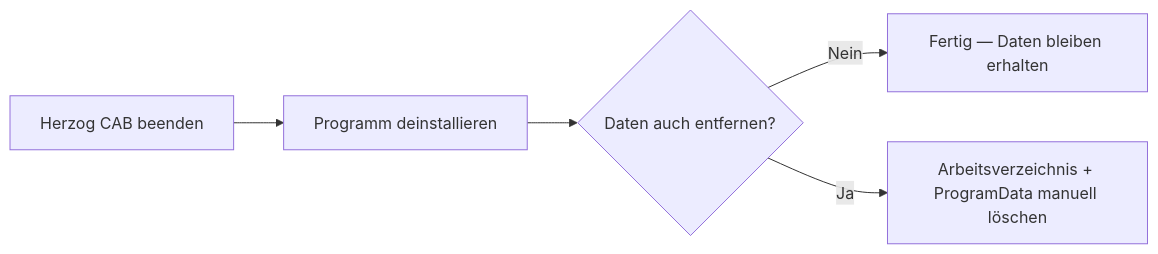
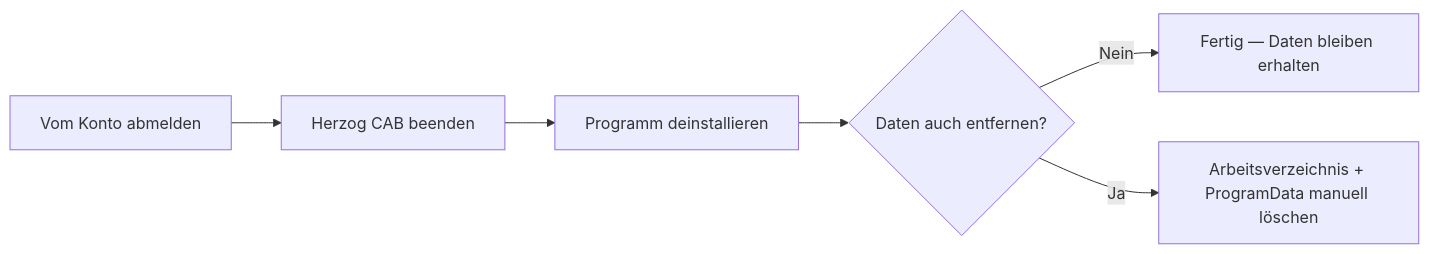
The diagram in docs/setup/uninstall.md (Herzog-GmbH/HerzogCAB-Docs), drawn with Mermaid before and after one commit. The commit also changed other lines of this file and 77 other files, not shown here.

````diff
--- a/docs/setup/uninstall.md
+++ b/docs/setup/uninstall.md
@@ -11,7 +11,8 @@
 ```mermaid
 flowchart LR
-  A[Herzog CAB beenden] --> B[Programm deinstallieren]
-  B --> C{Daten auch entfernen?}
-  C -- Nein --> D[Fertig — Daten bleiben erhalten]
-  C -- Ja --> E[Arbeitsverzeichnis + ProgramData manuell löschen]
+  A[Vom Konto abmelden] --> B[Herzog CAB beenden]
+  B --> C[Programm deinstallieren]
+  C --> D{Daten auch entfernen?}
+  D -- Nein --> E[Fertig — Daten bleiben erhalten]
+  D -- Ja --> F[Arbeitsverzeichnis + ProgramData manuell löschen]
 ```
````
